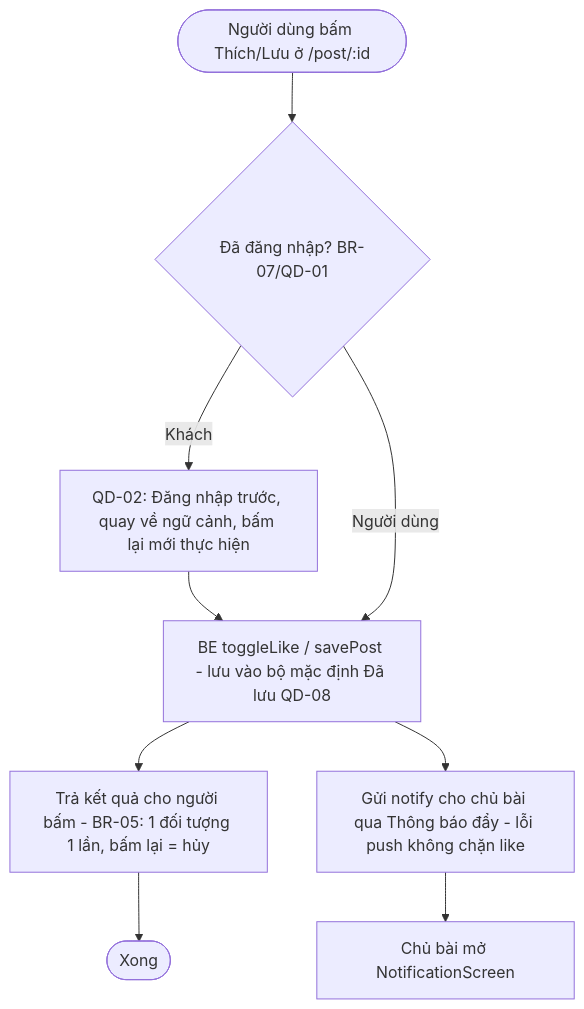
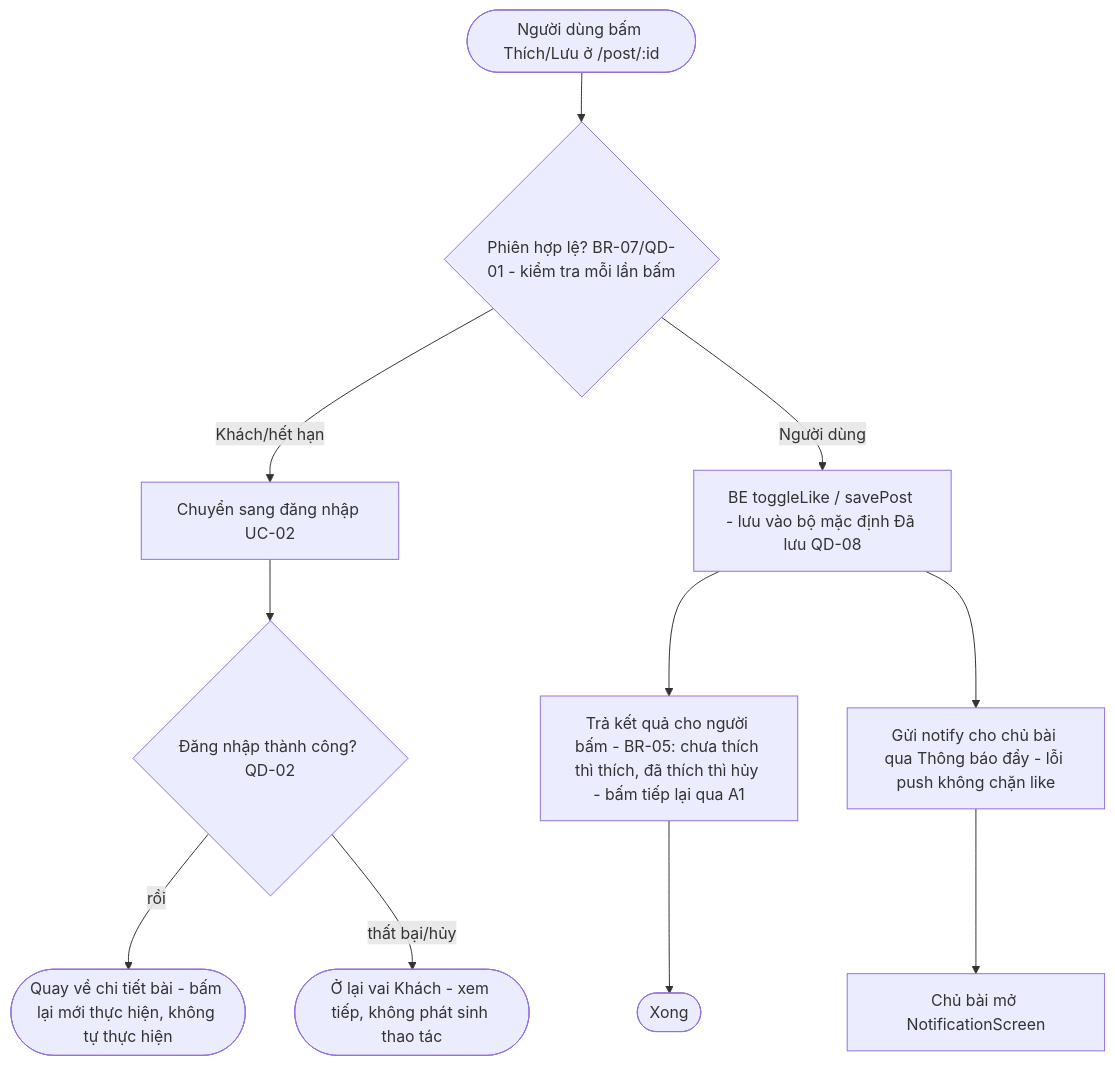
The second of 5 diagrams in docs/phase1-requirements/2.2_process_flows_BE.md (anqp5002/ToMateTo), drawn with Mermaid before and after one commit. The commit also changed other lines of this file, not shown here.

Commit message:
update process flows

````diff
--- a/docs/phase1-requirements/2.2_process_flows_BE.md
+++ b/docs/phase1-requirements/2.2_process_flows_BE.md
@@ -44,11 +51,13 @@
 ```mermaid
 flowchart TB
-  U1([Người dùng bấm Thích/Lưu ở /post/:id]) --> A1{Đã đăng nhập? BR-07/QD-01}
-  A1 -- Khách --> L[QD-02: Đăng nhập trước, quay về ngữ cảnh, bấm lại mới thực hiện]
-  L --> B1
+  U1([Người dùng bấm Thích/Lưu ở /post/:id]) --> A1{Phiên hợp lệ? BR-07/QD-01 - kiểm tra mỗi lần bấm}
+  A1 -- Khách/hết hạn --> L[Chuyển sang đăng nhập UC-02]
+  L --> S{Đăng nhập thành công? QD-02}
+  S -- rồi --> R1([Quay về chi tiết bài - bấm lại mới thực hiện, không tự thực hiện])
+  S -- thất bại/hủy --> G1([Ở lại vai Khách - xem tiếp, không phát sinh thao tác])
   A1 -- Người dùng --> B1[BE toggleLike / savePost - lưu vào bộ mặc định Đã lưu QD-08]
-  B1 --> P1[Trả kết quả cho người bấm - BR-05: 1 đối tượng 1 lần, bấm lại = hủy]
+  B1 --> P1[Trả kết quả cho người bấm - BR-05: chưa thích thì thích, đã thích thì hủy - bấm tiếp lại qua A1]
   B1 --> P2[Gửi notify cho chủ bài qua Thông báo đẩy - lỗi push không chặn like]
   P1 --> END([Xong])
   P2 --> N1[Chủ bài mở NotificationScreen]
 ```
````
